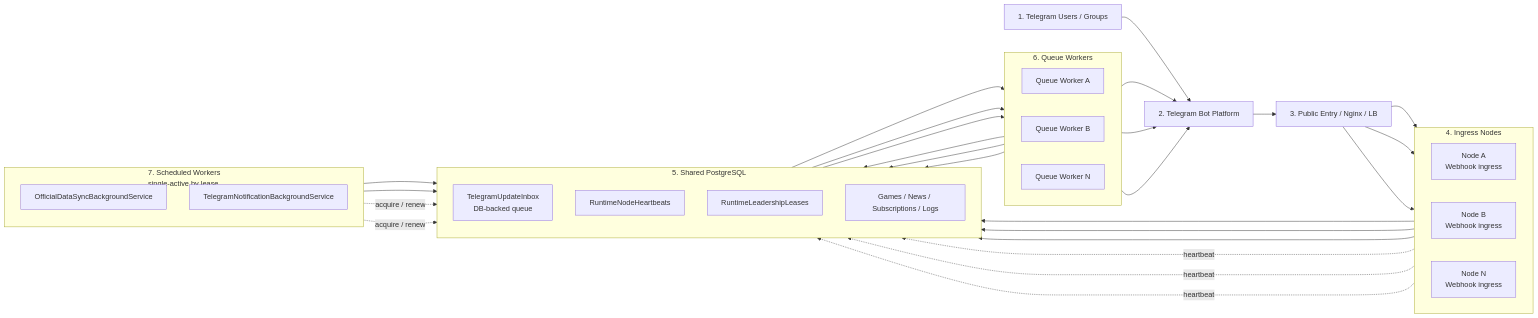
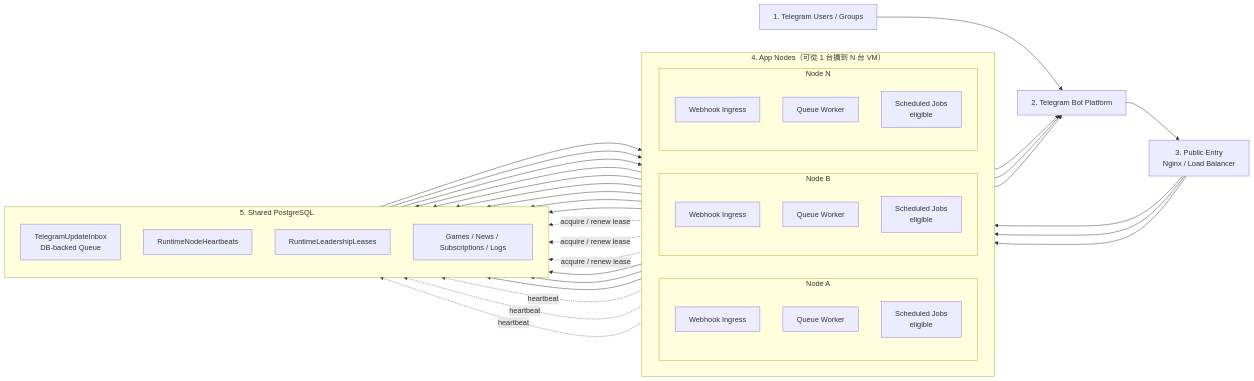
One commit to Bikerbyte/Baseball_Bot changed the diagram in docs/Scalable_Multi_Node_Architecture.zh-TW.md. Above: the diagram before and after it, drawn with Mermaid. The commit also changed other lines of this file and 2 other files, not shown here.

Commit message:
docs: align scalable architecture doc with runtime profiles

````diff
--- a/docs/Scalable_Multi_Node_Architecture.zh-TW.md
+++ b/docs/Scalable_Multi_Node_Architecture.zh-TW.md
@@ -69,64 +80,73 @@
 ```mermaid
 flowchart LR
     user["1. Telegram Users / Groups"]
     tg["2. Telegram Bot Platform"]
-    edge["3. Public Entry / Nginx / LB"]
+    edge["3. Public Entry<br/>Nginx / Load Balancer"]
 
-    subgraph ingress["4. Ingress Nodes"]
+    subgraph nodes["4. App Nodes（可從 1 台擴到 N 台 VM）"]
         direction LR
-        vmA["Node A<br/>Webhook ingress"]
-        vmB["Node B<br/>Webhook ingress"]
-        vmN["Node N<br/>Webhook ingress"]
+
+        subgraph nodeA["Node A"]
+            direction TB
+            a1["Webhook Ingress"]
+            a2["Queue Worker"]
+            a3["Scheduled Jobs<br/>eligible"]
+        end
+
+        subgraph nodeB["Node B"]
+            direction TB
+            b1["Webhook Ingress"]
+            b2["Queue Worker"]
+            b3["Scheduled Jobs<br/>eligible"]
+        end
+
+        subgraph nodeN["Node N"]
+            direction TB
+            n1["Webhook Ingress"]
+            n2["Queue Worker"]
+            n3["Scheduled Jobs<br/>eligible"]
+        end
     end
 
-    subgraph shared["5. Shared PostgreSQL"]
+    subgraph db["5. Shared PostgreSQL"]
         direction TB
-        inbox["TelegramUpdateInbox<br/>DB-backed queue"]
+        inbox["TelegramUpdateInbox<br/>DB-backed Queue"]
         heartbeat["RuntimeNodeHeartbeats"]
-        lease["RuntimeLeadershipLeases"]
+        leases["RuntimeLeadershipLeases"]
         business["Games / News / Subscriptions / Logs"]
-    end
-
-    subgraph workers["6. Queue Workers"]
-        direction LR
-        qwA["Queue Worker A"]
-        qwB["Queue Worker B"]
-        qwN["Queue Worker N"]
-    end
-
-    subgraph scheduled["7. Scheduled Workers<br/>single-active by lease"]
-        direction TB
-        sync["OfficialDataSyncBackgroundService"]
-        notify["TelegramNotificationBackgroundService"]
     end
 
     user --> tg
     tg --> edge
-    edge --> vmA
-    edge --> vmB
-    edge --> vmN
+    edge --> a1
+    edge --> b1
+    edge --> n1
 
-    vmA --> inbox
-    vmB --> inbox
-    vmN --> inbox
+    a1 --> inbox
+    b1 --> inbox
+    n1 --> inbox
 
-    inbox --> qwA
-    inbox --> qwB
-    inbox --> qwN
+    inbox --> a2
+    inbox --> b2
+    inbox --> n2
 
-    qwA --> business
-    qwB --> business
-    qwN --> business
-    qwA --> tg
-    qwB --> tg
-    qwN --> tg
+    a2 --> business
+    b2 --> business
+    n2 --> business
 
-    sync --> business
-    notify --> business
-    sync -. acquire / renew .-> lease
-    notify -. acquire / renew .-> lease
+    a2 --> tg
+    b2 --> tg
+    n2 --> tg
 
-    vmA -. heartbeat .-> heartbeat
-    vmB -. heartbeat .-> heartbeat
-    vmN -. heartbeat .-> heartbeat
+    a3 -. acquire / renew lease .-> leases
+    b3 -. acquire / renew lease .-> leases
+    n3 -. acquire / renew lease .-> leases
+
+    a3 --> business
+    b3 --> business
+    n3 --> business
+
+    nodeA -. heartbeat .-> heartbeat
+    nodeB -. heartbeat .-> heartbeat
+    nodeN -. heartbeat .-> heartbeat
 ```
````
